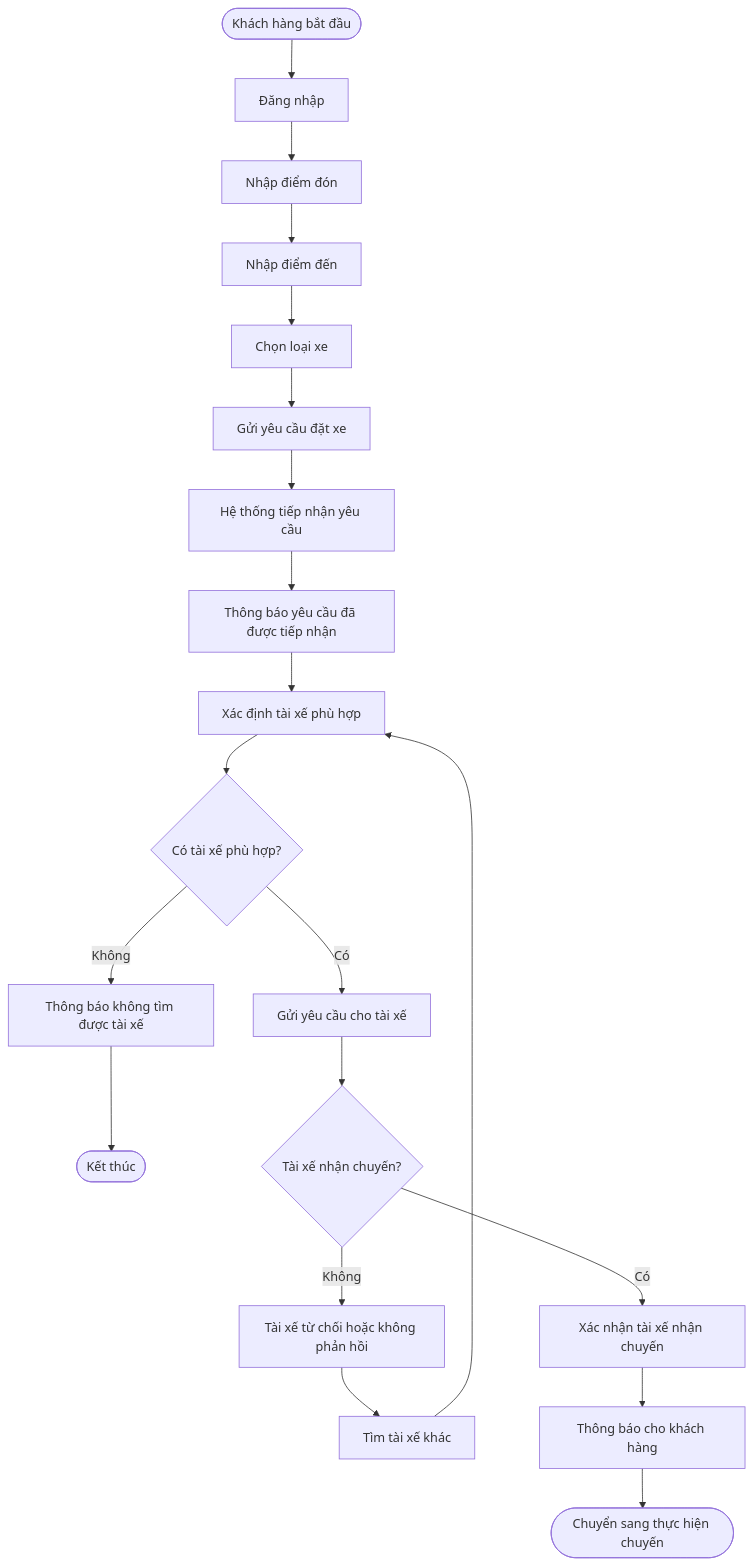
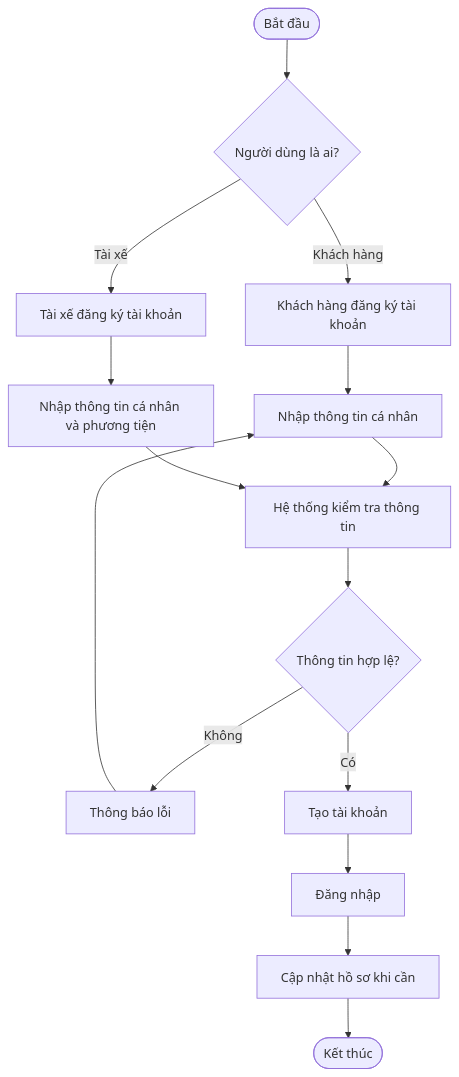
One commit to 23732511-ThaiThanhLuan/23732511_ThaiThanhLuan_Cabsystem changed the diagram in srs.md. Above: the diagram before and after it, drawn with Mermaid.

````diff
--- a/srs.md
+++ b/srs.md
@@ -133,27 +133,17 @@
 ```mermaid
 flowchart TD
-    A([Khách hàng bắt đầu]) --> B[Đăng nhập]
-    B --> C[Nhập điểm đón]
-    C --> D[Nhập điểm đến]
-    D --> E[Chọn loại xe]
-    E --> F[Gửi yêu cầu đặt xe]
-    F --> G[Hệ thống tiếp nhận yêu cầu]
-    G --> H[Thông báo yêu cầu đã được tiếp nhận]
-    H --> I[Xác định tài xế phù hợp]
-
-    I --> J{Có tài xế phù hợp?}
-
-    J -->|Không| K[Thông báo không tìm được tài xế]
-    K --> Z([Kết thúc])
-
-    J -->|Có| L[Gửi yêu cầu cho tài xế]
-    L --> M{Tài xế nhận chuyến?}
-
-    M -->|Không| N[Tài xế từ chối hoặc không phản hồi]
-    N --> O[Tìm tài xế khác]
-    O --> I
-
-    M -->|Có| P[Xác nhận tài xế nhận chuyến]
-    P --> Q[Thông báo cho khách hàng]
-    Q --> R([Chuyển sang thực hiện chuyến])
+    A([Bắt đầu]) --> B{Người dùng là ai?}
+    B -->|Khách hàng| C[Khách hàng đăng ký tài khoản]
+    B -->|Tài xế| D[Tài xế đăng ký tài khoản]
+    C --> E[Nhập thông tin cá nhân]
+    D --> F[Nhập thông tin cá nhân và phương tiện]
+    E --> G[Hệ thống kiểm tra thông tin]
+    F --> G
+    G --> H{Thông tin hợp lệ?}
+    H -->|Không| I[Thông báo lỗi]
+    I --> E
+    H -->|Có| J[Tạo tài khoản]
+    J --> K[Đăng nhập]
+    K --> L[Cập nhật hồ sơ khi cần]
+    L --> M([Kết thúc])
 ```
````
